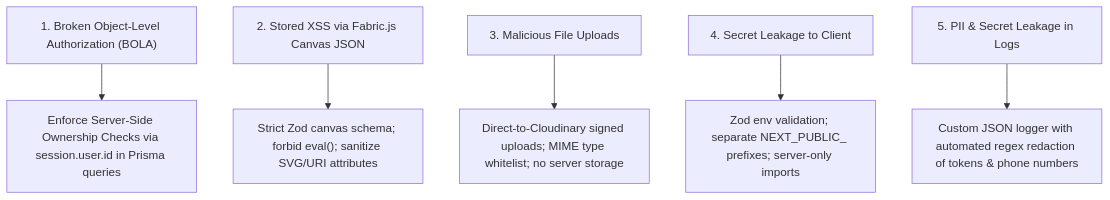
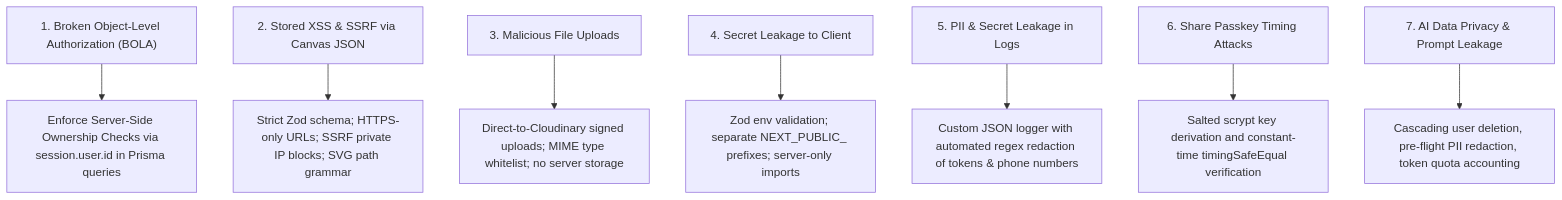
One commit to Md-Shahriar-Rahman-Shihab/Utsob-Celebrate-Every-Moment changed the diagram in docs/security/security-architecture.md. Above: the diagram before and after it, drawn with Mermaid. The commit also changed other lines of this file and 43 other files, not shown here.

Commit message:
fix(phase-01.1): resolve auth.js session constraint, harden canvas json schema, and add crypto passkey security

````diff
--- a/docs/security/security-architecture.md
+++ b/docs/security/security-architecture.md
@@ -15,8 +15,10 @@
 ```mermaid
 flowchart TD
     Threat1["1. Broken Object-Level Authorization (BOLA)"] --> Mitigation1["Enforce Server-Side Ownership Checks via session.user.id in Prisma queries"]
-    Threat2["2. Stored XSS via Fabric.js Canvas JSON"] --> Mitigation2["Strict Zod canvas schema; forbid eval(); sanitize SVG/URI attributes"]
+    Threat2["2. Stored XSS & SSRF via Canvas JSON"] --> Mitigation2["Strict Zod schema; HTTPS-only URLs; SSRF private IP blocks; SVG path grammar"]
     Threat3["3. Malicious File Uploads"] --> Mitigation3["Direct-to-Cloudinary signed uploads; MIME type whitelist; no server storage"]
     Threat4["4. Secret Leakage to Client"] --> Mitigation4["Zod env validation; separate NEXT_PUBLIC_ prefixes; server-only imports"]
     Threat5["5. PII & Secret Leakage in Logs"] --> Mitigation5["Custom JSON logger with automated regex redaction of tokens & phone numbers"]
+    Threat6["6. Share Passkey Timing Attacks"] --> Mitigation6["Salted scrypt key derivation and constant-time timingSafeEqual verification"]
+    Threat7["7. AI Data Privacy & Prompt Leakage"] --> Mitigation7["Cascading user deletion, pre-flight PII redaction, token quota accounting"]
 ```
````
